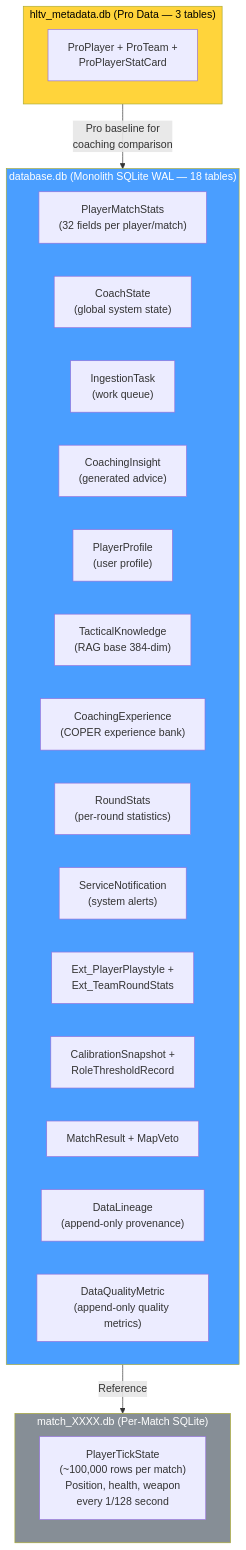
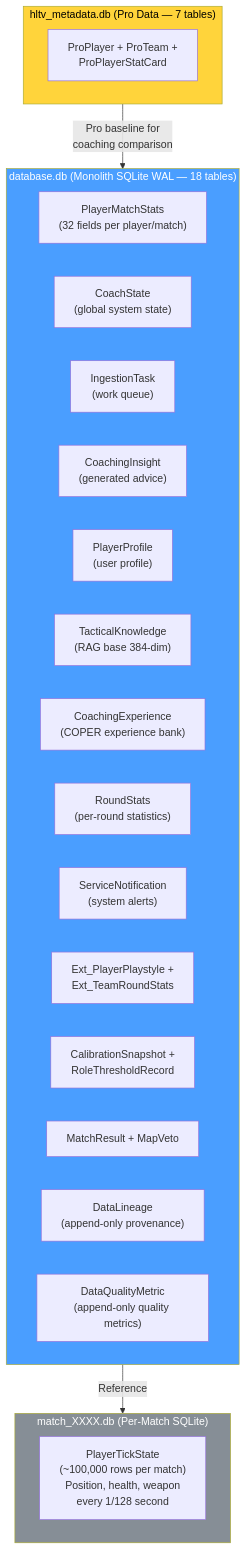
One commit to renanaugustomacena-ux/Counter-Strike-coach-AI changed diagram 21 of 52 in docs/books/Book-Coach-3-en.md. Above: the diagram before and after it, drawn with Mermaid. The commit also changed other lines of this file and 36 other files, not shown here.

````diff
--- a/docs/books/Book-Coach-3-en.md
+++ b/docs/books/Book-Coach-3-en.md
@@ -1233,31 +1293,31 @@
 ```mermaid
 flowchart TB
     subgraph T12["database.db (Monolith SQLite WAL — 18 tables)"]
         PMS["PlayerMatchStats<br/>(32 fields per player/match)"]
         CS["CoachState<br/>(global system state)"]
         IT["IngestionTask<br/>(work queue)"]
         CI["CoachingInsight<br/>(generated advice)"]
         PP["PlayerProfile<br/>(user profile)"]
         TK["TacticalKnowledge<br/>(RAG base 384-dim)"]
         CE["CoachingExperience<br/>(COPER experience bank)"]
         RS["RoundStats<br/>(per-round statistics)"]
         SN["ServiceNotification<br/>(system alerts)"]
         EXT["Ext_PlayerPlaystyle +<br/>Ext_TeamRoundStats"]
         CALIB_ST["CalibrationSnapshot +<br/>RoleThresholdRecord"]
         MATCH_ST["MatchResult + MapVeto"]
         DL_ST["DataLineage<br/>(append-only provenance)"]
         DQM_ST["DataQualityMetric<br/>(append-only quality metrics)"]
     end
-    subgraph T_HLTV["hltv_metadata.db (Pro Data — 3 tables)"]
+    subgraph T_HLTV["hltv_metadata.db (Pro Data — 7 tables)"]
         PRO["ProPlayer + ProTeam +<br/>ProPlayerStatCard"]
     end
     subgraph T3["match_XXXX.db (Per-Match SQLite)"]
         PTS["PlayerTickState<br/>(~100,000 rows per match)<br/>Position, health, weapon<br/>every 1/128 second"]
     end
     T12 -->|"Reference"| T3
     T_HLTV -->|"Pro baseline for<br/>coaching comparison"| T12
 
     style T12 fill:#4a9eff,color:#fff
     style T_HLTV fill:#ffd43b,color:#000
     style T3 fill:#868e96,color:#fff
 ```
````
